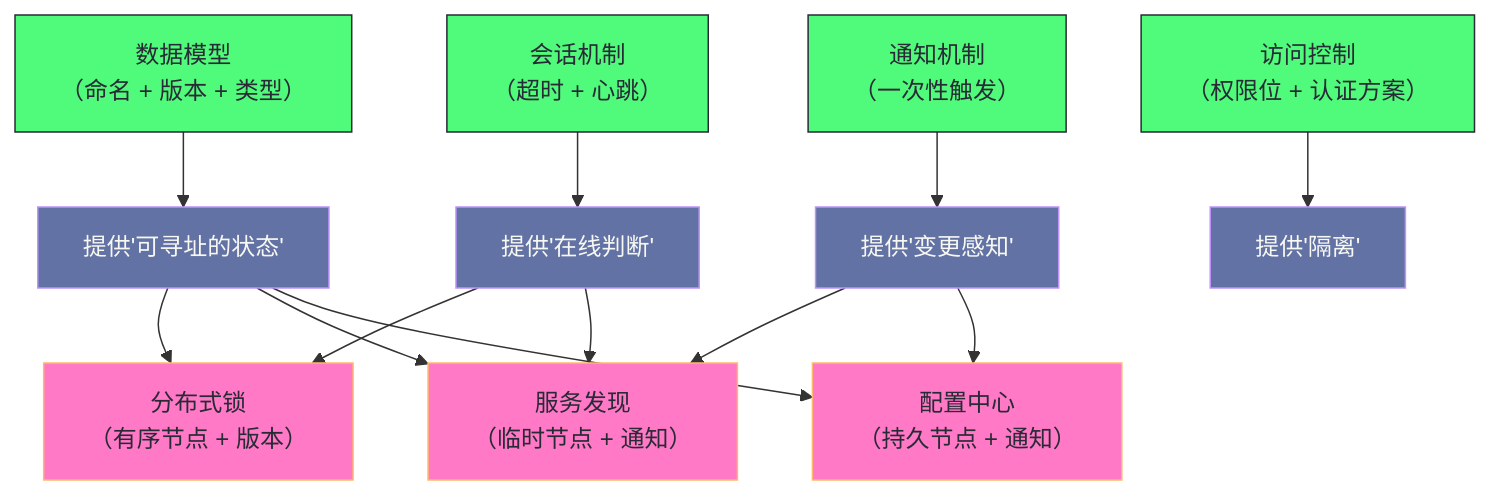
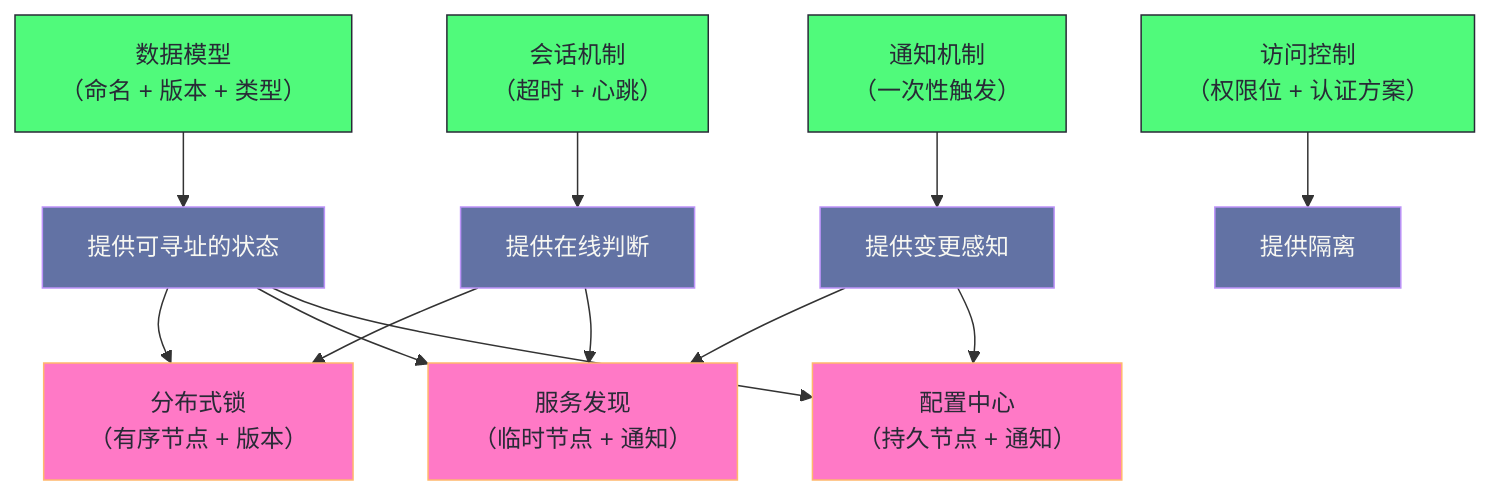
One commit to hpliStartAgain/my-brain changed the first of 5 diagrams in content/中间件/Zookeeper/01 ZooKeeper 全局架构——数据模型与会话机制.md. Above: the diagram before and after it, drawn with Mermaid. The commit also changed other lines of this file and 259 other files, not shown here.

````diff
--- a/content/中间件/Zookeeper/01 ZooKeeper 全局架构——数据模型与会话机制.md
+++ b/content/中间件/Zookeeper/01 ZooKeeper 全局架构——数据模型与会话机制.md
@@ -308,22 +68,22 @@
 ```mermaid
 %%{init: {'theme': 'dracula'}}%%
 graph TD
-    ZN["数据模型<br/>（命名 + 版本 + 类型）"] --> P1["提供'可寻址的状态'"]
-    WT["通知机制<br/>（一次性触发）"] --> P2["提供'变更感知'"]
-    SS["会话机制<br/>（超时 + 心跳）"] --> P3["提供'在线判断'"]
-    ACL["访问控制<br/>（权限位 + 认证方案）"] --> P4["提供'隔离'"]
+    ZN["数据模型<br/>（命名 + 版本 + 类型）"] --> P1["提供可寻址的状态"]
+    WT["通知机制<br/>（一次性触发）"] --> P2["提供变更感知"]
+    SS["会话机制<br/>（超时 + 心跳）"] --> P3["提供在线判断"]
+    ACL["访问控制<br/>（权限位 + 认证方案）"] --> P4["提供隔离"]
     P1 --> M1["分布式锁<br/>（有序节点 + 版本）"]
     P3 --> M1
     P1 --> M2["服务发现<br/>（临时节点 + 通知）"]
     P2 --> M2
     P3 --> M2
     P1 --> M3["配置中心<br/>（持久节点 + 通知）"]
     P2 --> M3
 
     classDef base fill:#50fa7b,stroke:#282a36,color:#282a36
     classDef cap fill:#6272a4,stroke:#bd93f9,color:#f8f8f2
     classDef mech fill:#ff79c6,stroke:#ffb86c,color:#282a36
     class ZN,WT,SS,ACL base
     class P1,P2,P3,P4 cap
     class M1,M2,M3 mech
 ```
````
